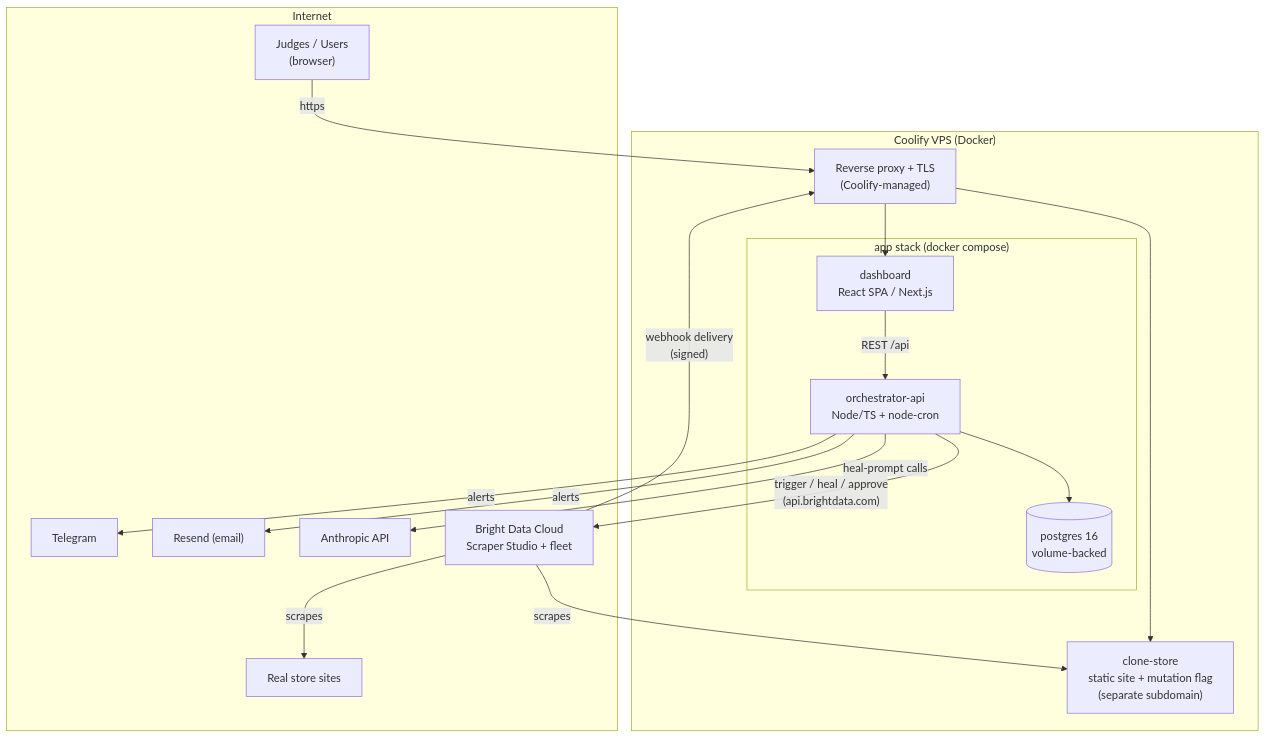
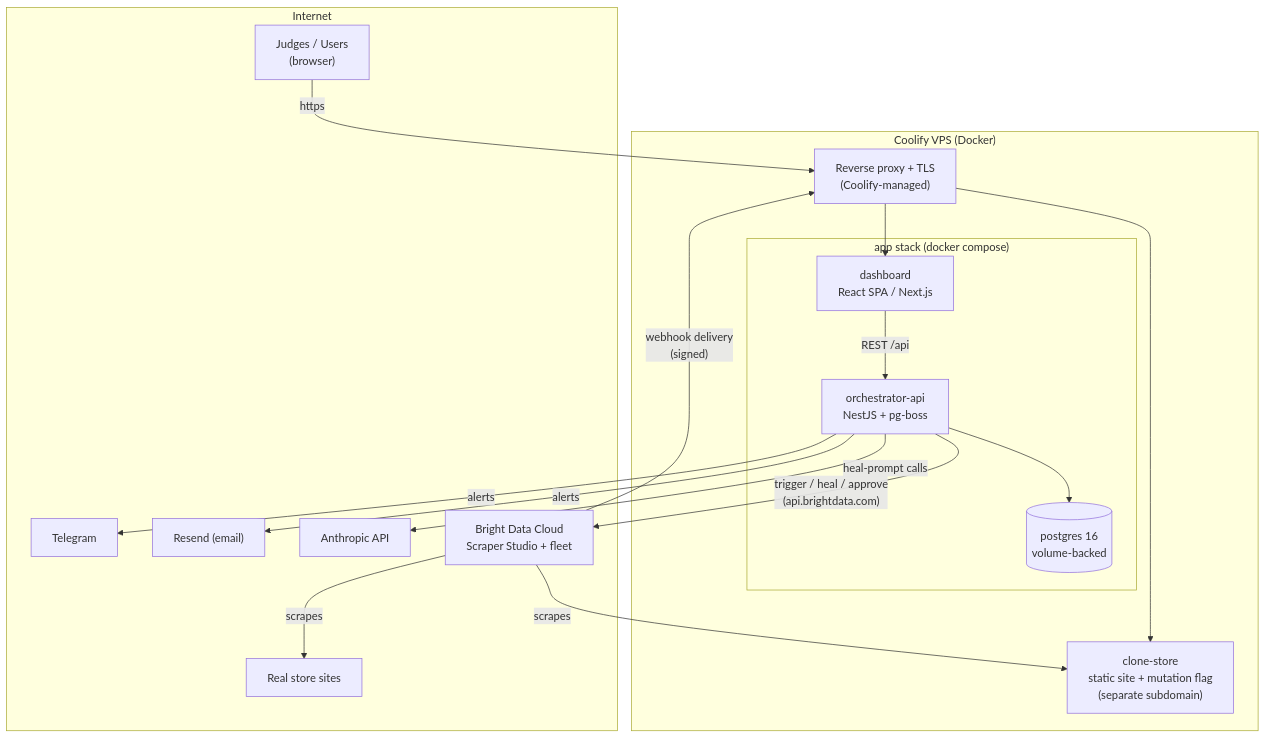
One commit to spencerjireh/basketwatch changed the diagram in docs/diagrams/deployment.mmd. Above: the diagram before and after it, drawn with Mermaid. The commit also changed 24 other files, not shown here.

Commit message:
backend: swap Hono/node-cron for NestJS + pg-boss; dev/prod compose split with Dockerfiles; docs updated

```diff
--- a/docs/diagrams/deployment.mmd
+++ b/docs/diagrams/deployment.mmd
@@ -1,32 +1,32 @@
 flowchart TB
     subgraph INET["Internet"]
         JUDGE["Judges / Users<br/>(browser)"]
         TG["Telegram"]
         RESEND["Resend (email)"]
         ANTHROPIC["Anthropic API"]
         BDCLOUD["Bright Data Cloud<br/>Scraper Studio + fleet"]
         STORES["Real store sites"]
     end
 
     subgraph COOLIFY["Coolify VPS (Docker)"]
         PROXY["Reverse proxy + TLS<br/>(Coolify-managed)"]
         subgraph APP["app stack (docker compose)"]
             WEB["dashboard<br/>React SPA / Next.js"]
-            APIC["orchestrator-api<br/>Node/TS + node-cron"]
+            APIC["orchestrator-api<br/>NestJS + pg-boss"]
             PG[("postgres 16<br/>volume-backed")]
         end
         CLONE["clone-store<br/>static site + mutation flag<br/>(separate subdomain)"]
     end
 
     JUDGE -->|https| PROXY
     PROXY --> WEB
     PROXY --> CLONE
     WEB -->|REST /api| APIC
     APIC --> PG
     APIC -->|"trigger / heal / approve<br/>(api.brightdata.com)"| BDCLOUD
     BDCLOUD -->|"webhook delivery<br/>(signed)"| PROXY
     BDCLOUD -->|scrapes| STORES
     BDCLOUD -->|scrapes| CLONE
     APIC -->|heal-prompt calls| ANTHROPIC
     APIC -->|alerts| RESEND
     APIC -->|alerts| TG
```
